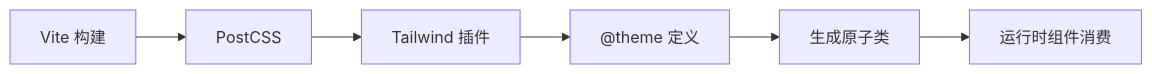
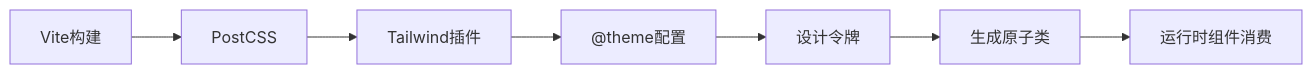
The sixth of 6 diagrams in .qoder/repowiki/zh/content/UI_UX设计/设计系统.md (xianjianshenqu/SalesFlow-CRM), drawn with Mermaid before and after one commit. The commit also changed other lines of this file and 9 other files, not shown here.

````diff
--- a/.qoder/repowiki/zh/content/UI_UX设计/设计系统.md
+++ b/.qoder/repowiki/zh/content/UI_UX设计/设计系统.md
@@ -238,8 +296,9 @@
 ```mermaid
 graph LR
-Vite["Vite 构建"] --> PostCSS["PostCSS"]
-PostCSS --> Tailwind["Tailwind 插件"]
-Tailwind --> AtRules["@theme 定义"]
-AtRules --> Classes["生成原子类"]
+Vite["Vite构建"] --> PostCSS["PostCSS"]
+PostCSS --> Tailwind["Tailwind插件"]
+Tailwind --> Theme["@theme配置"]
+Theme --> Tokens["设计令牌"]
+Tokens --> Classes["生成原子类"]
 Classes --> Runtime["运行时组件消费"]
 ```
````
